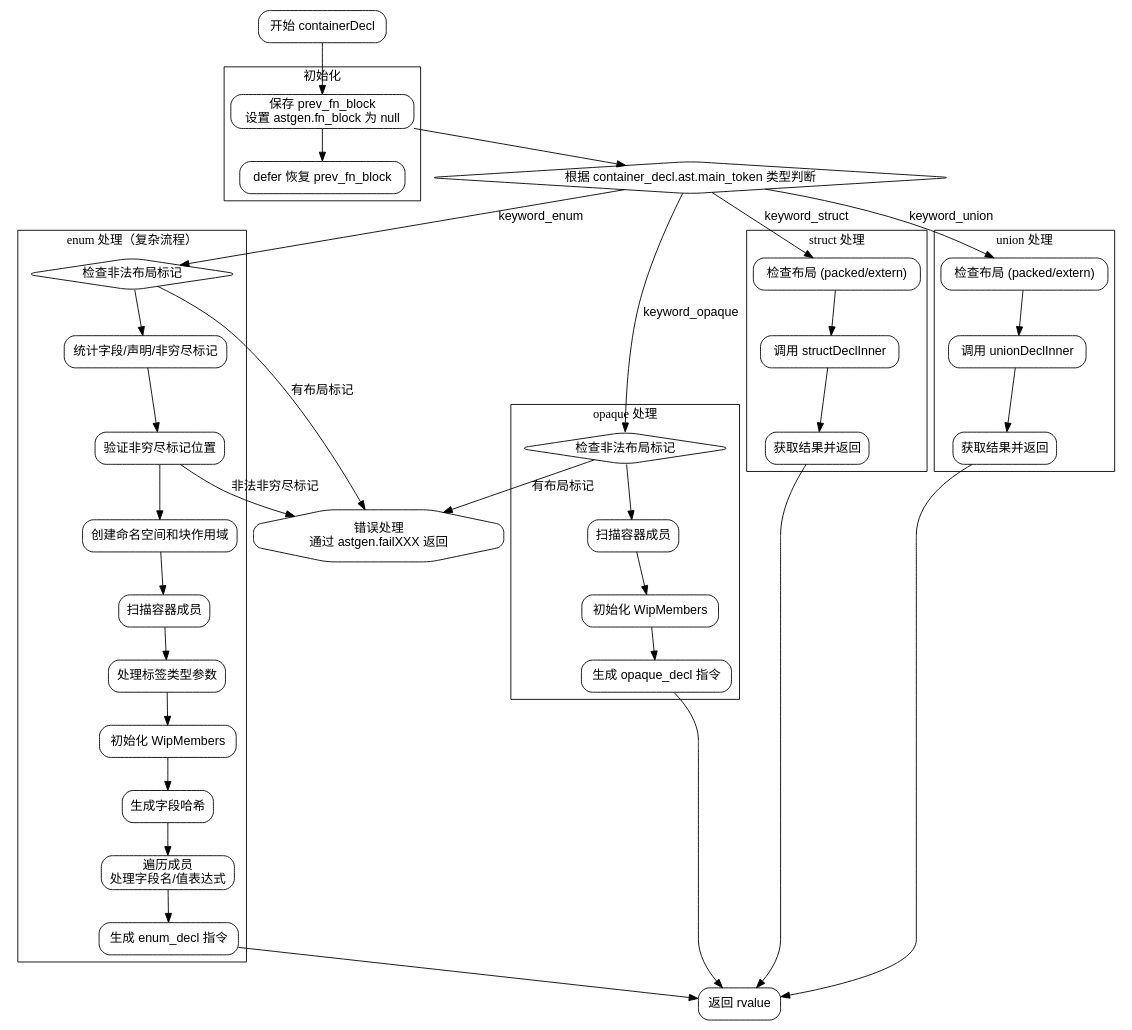
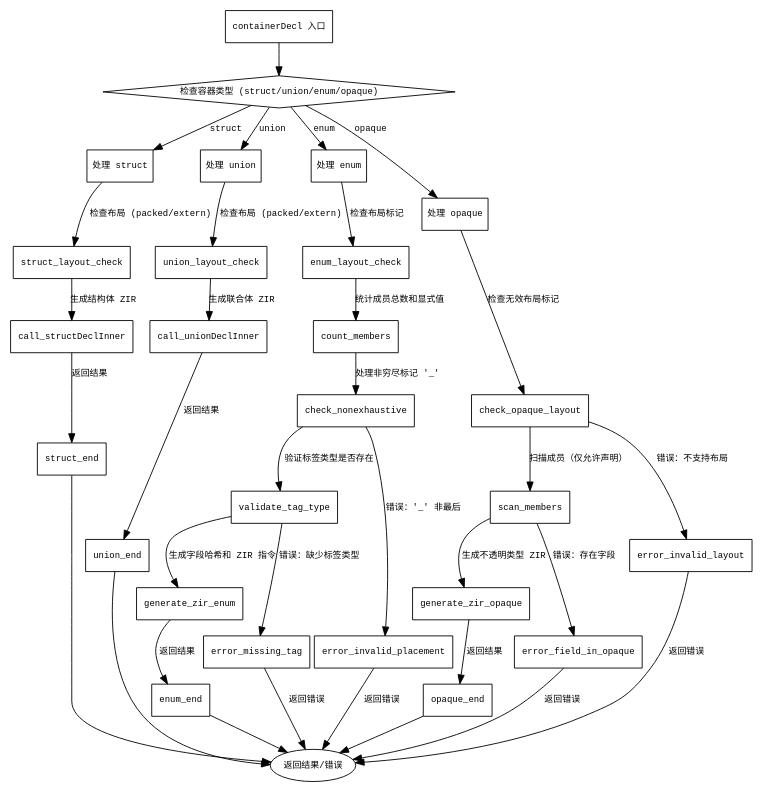
The diagram in dot_std/zig/AstGen.zig.containerDecl.md (sdzx-1/deepseek-zig-reader), drawn with Graphviz before and after one commit. The commit also changed other lines of this file and 236 other files, not shown here.

````diff
--- a/dot_std/zig/AstGen.zig.containerDecl.md
+++ b/dot_std/zig/AstGen.zig.containerDecl.md
@@ -25,79 +30,59 @@
 ```dot
 digraph flowchart {
-    node [shape=rectangle, style="rounded", fontname="Helvetica"];
-    edge [fontname="Helvetica"];
-    rankdir=TB;
+    node [shape=rectangle, fontname="Courier", fontsize=10];
+    edge [fontname="Courier", fontsize=10];
 
-    start [label="开始 containerDecl"];
-    end [label="返回 rvalue"];
+    start [label="containerDecl 入口"];
+    check_container_type [label="检查容器类型 (struct/union/enum/opaque)", shape=diamond];
+    handle_struct [label="处理 struct"];
+    handle_union [label="处理 union"];
+    handle_enum [label="处理 enum"];
+    handle_opaque [label="处理 opaque"];
+    end [label="返回结果/错误", shape=ellipse];
 
-    subgraph cluster_init {
-        label="初始化";
-        init [label="保存 prev_fn_block\n设置 astgen.fn_block 为 null"];
-        defer [label="defer 恢复 prev_fn_block"];
-        init -> defer;
-    }
+    // 主流程分支
+    start -> check_container_type;
+    check_container_type -> handle_struct [label="struct"];
+    check_container_type -> handle_union [label="union"];
+    check_container_type -> handle_enum [label="enum"];
+    check_container_type -> handle_opaque [label="opaque"];
 
-    start -> init;
+    // struct 分支
+    handle_struct -> struct_layout_check [label="检查布局 (packed/extern)"];
+    struct_layout_check -> call_structDeclInner [label="生成结构体 ZIR"];
+    call_structDeclInner -> struct_end [label="返回结果"];
+    struct_end -> end;
 
-    switch [label="根据 container_decl.ast.main_token 类型判断", shape=diamond];
-    init -> switch;
+    // union 分支
+    handle_union -> union_layout_check [label="检查布局 (packed/extern)"];
+    union_layout_check -> call_unionDeclInner [label="生成联合体 ZIR"];
+    call_unionDeclInner -> union_end [label="返回结果"];
+    union_end -> end;
 
-    subgraph cluster_struct {
-        label="struct 处理";
-        struct_check [label="检查布局 (packed/extern)"];
-        struct_inner [label="调用 structDeclInner"];
-        struct_result [label="获取结果并返回"];
-        struct_check -> struct_inner -> struct_result;
-    }
+    // enum 分支
+    handle_enum -> enum_layout_check [label="检查布局标记"];
+    enum_layout_check -> count_members [label="统计成员总数和显式值"];
+    count_members -> check_nonexhaustive [label="处理非穷尽标记 '_'"];
+    check_nonexhaustive -> validate_tag_type [label="验证标签类型是否存在"];
+    validate_tag_type -> generate_zir_enum [label="生成字段哈希和 ZIR 指令"];
+    generate_zir_enum -> enum_end [label="返回结果"];
+    validate_tag_type -> error_missing_tag [label="错误：缺少标签类型"];
+    check_nonexhaustive -> error_invalid_placement [label="错误：'_' 非最后"];
+    enum_end -> end;
 
-    subgraph cluster_union {
-        label="union 处理";
-        union_check [label="检查布局 (packed/extern)"];
-        union_inner [label="调用 unionDeclInner"];
-        union_result [label="获取结果并返回"];
-        union_check -> union_inner -> union_result;
-    }
+    // opaque 分支
+    handle_opaque -> check_opaque_layout [label="检查无效布局标记"];
+    check_opaque_layout -> scan_members [label="扫描成员（仅允许声明）"];
+    scan_members -> generate_zir_opaque [label="生成不透明类型 ZIR"];
+    generate_zir_opaque -> opaque_end [label="返回结果"];
+    check_opaque_layout -> error_invalid_layout [label="错误：不支持布局"];
+    scan_members -> error_field_in_opaque [label="错误：存在字段"];
+    opaque_end -> end;
 
-    subgraph cluster_enum {
-        label="enum 处理（复杂流程）";
-        enum_layout_check [label="检查非法布局标记", shape=diamond];
-        enum_count [label="统计字段/声明/非穷尽标记"];
-        enum_nonexhaustive_check [label="验证非穷尽标记位置"];
-        enum_namespace [label="创建命名空间和块作用域"];
-        enum_scan [label="扫描容器成员"];
-        enum_arg [label="处理标签类型参数"];
-        enum_wip [label="初始化 WipMembers"];
-        enum_hash [label="生成字段哈希"];
-        enum_loop [label="遍历成员\n处理字段名/值表达式"];
-        enum_finalize [label="生成 enum_decl 指令"];
-        enum_layout_check -> enum_count -> enum_nonexhaustive_check -> enum_namespace -> enum_scan -> enum_arg -> enum_wip -> enum_hash -> enum_loop -> enum_finalize;
-    }
-
-    subgraph cluster_opaque {
-        label="opaque 处理";
-        opaque_check [label="检查非法布局标记", shape=diamond];
-        opaque_scan [label="扫描容器成员"];
-        opaque_wip [label="初始化 WipMembers"];
-        opaque_finalize [label="生成 opaque_decl 指令"];
-        opaque_check -> opaque_scan -> opaque_wip -> opaque_finalize;
-    }
-
-    switch -> struct_check [label="keyword_struct"];
-    switch -> union_check [label="keyword_union"];
-    switch -> enum_layout_check [label="keyword_enum"];
-    switch -> opaque_check [label="keyword_opaque"];
-
-    struct_result -> end;
-    union_result -> end;
-    enum_finalize -> end;
-    opaque_finalize -> end;
-
-    // 错误处理路径
-    error_node [label="错误处理\n通过 astgen.failXXX 返回", shape=octagon];
-    enum_layout_check -> error_node [label="有布局标记"];
-    enum_nonexhaustive_check -> error_node [label="非法非穷尽标记"];
-    opaque_check -> error_node [label="有布局标记"];
-    // 其他错误路径省略示意...
+    // 错误路径统一指向结束
+    error_missing_tag -> end [label="返回错误"];
+    error_invalid_placement -> end [label="返回错误"];
+    error_invalid_layout -> end [label="返回错误"];
+    error_field_in_opaque -> end [label="返回错误"];
 }
 ```
````
